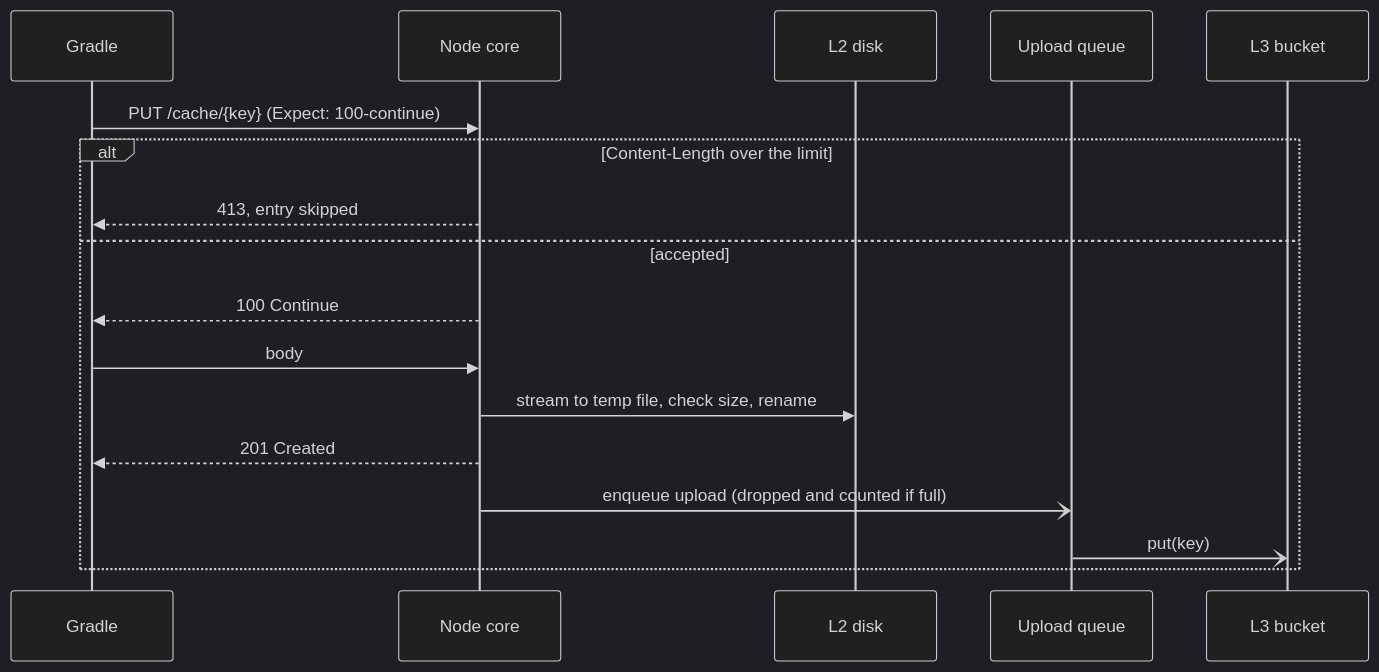
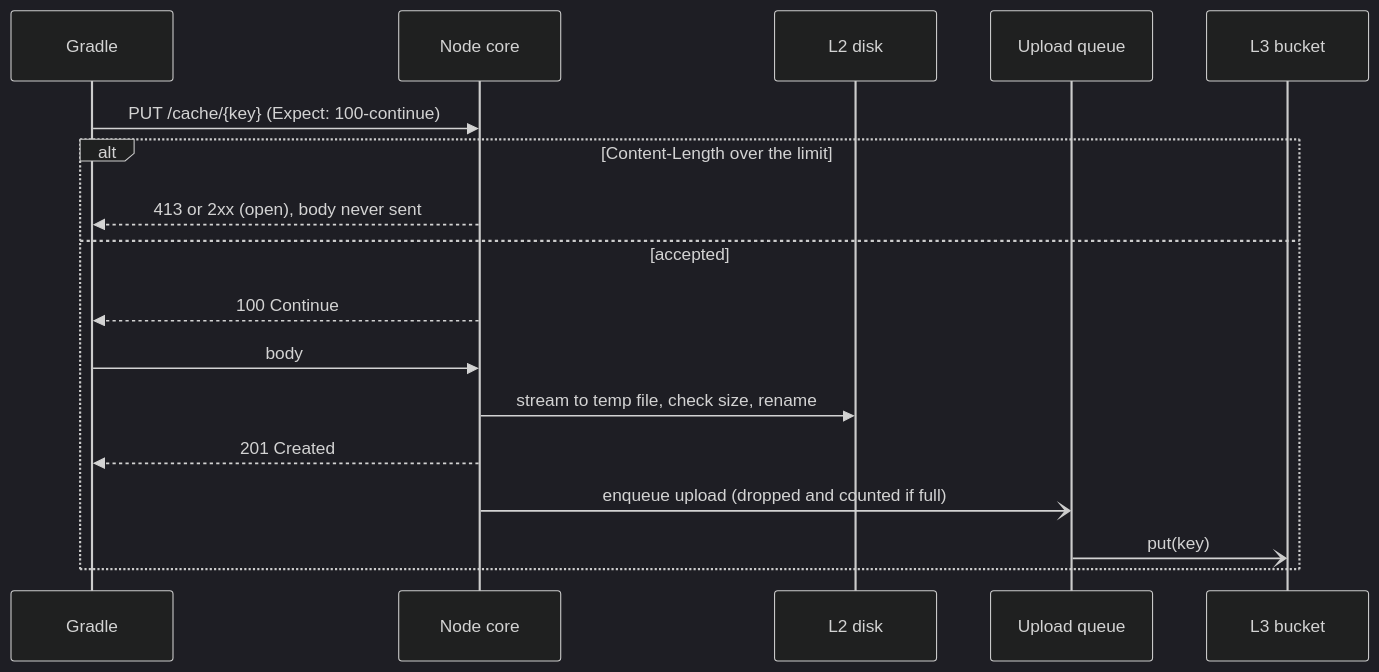
Before and after one commit to nevzheng/mammoth-cache: the third of 4 diagrams in docs/design/0003-architecture.md, drawn with Mermaid (dark theme). The commit also changed other lines of this file and 4 other files, not shown here.

````diff
--- a/docs/design/0003-architecture.md
+++ b/docs/design/0003-architecture.md
@@ -167,19 +171,19 @@
 ```mermaid
 sequenceDiagram
     participant G as Gradle
     participant N as Node core
     participant D as L2 disk
     participant Q as Upload queue
     participant B as L3 bucket
     G->>N: PUT /cache/{key} (Expect: 100-continue)
     alt Content-Length over the limit
-        N-->>G: 413, entry skipped
+        N-->>G: 413 or 2xx (open), body never sent
     else accepted
         N-->>G: 100 Continue
         G->>N: body
         N->>D: stream to temp file, check size, rename
         N-->>G: 201 Created
         N-)Q: enqueue upload (dropped and counted if full)
         Q-)B: put(key)
     end
 ```
````
